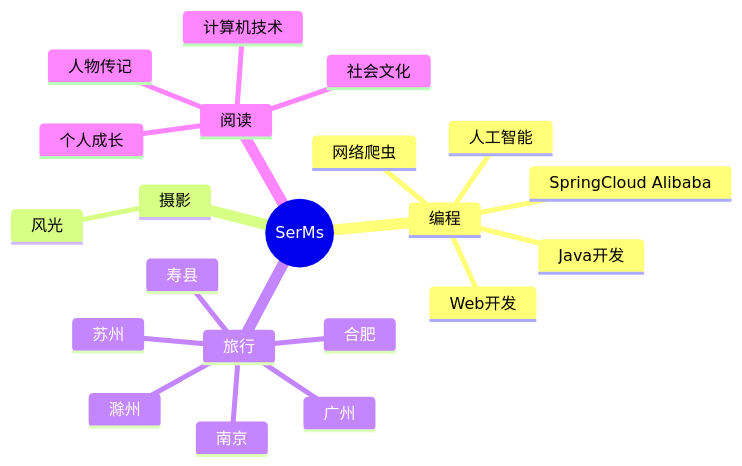
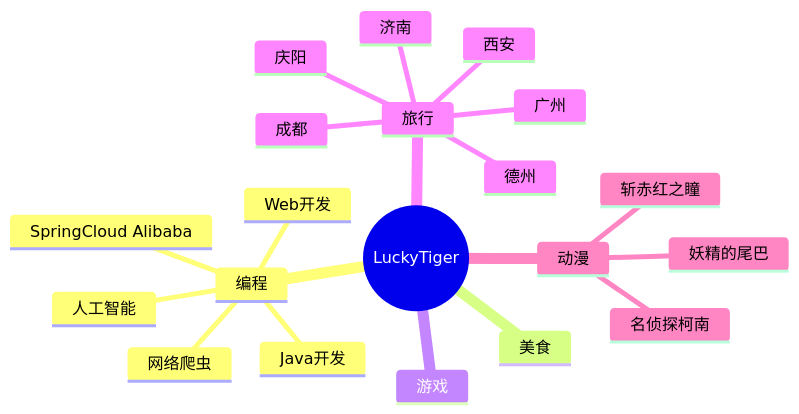
The diagram in README.md (LuckyTiger12138/LuckyTiger12138), drawn with Mermaid before and after one commit. The commit also changed other lines of this file, not shown here.

````diff
--- a/README.md
+++ b/README.md
@@ -189,24 +189,23 @@
 ```mermaid
 mindmap
-  root((SerMs))
+  root((LuckyTiger))
     编程
       Web开发
       Java开发
       SpringCloud Alibaba
       网络爬虫
       人工智能
-    摄影
-      风光
+    美食
+    游戏
     旅行
       广州
-      苏州
-      南京
-      滁州
-      合肥
-      寿县
-    阅读
-      人物传记
-      个人成长
-      社会文化
-      计算机技术
+      济南
+      德州
+      成都
+      西安
+      庆阳
+    动漫
+      名侦探柯南
+      妖精的尾巴
+      斩赤红之瞳
 ```
````
